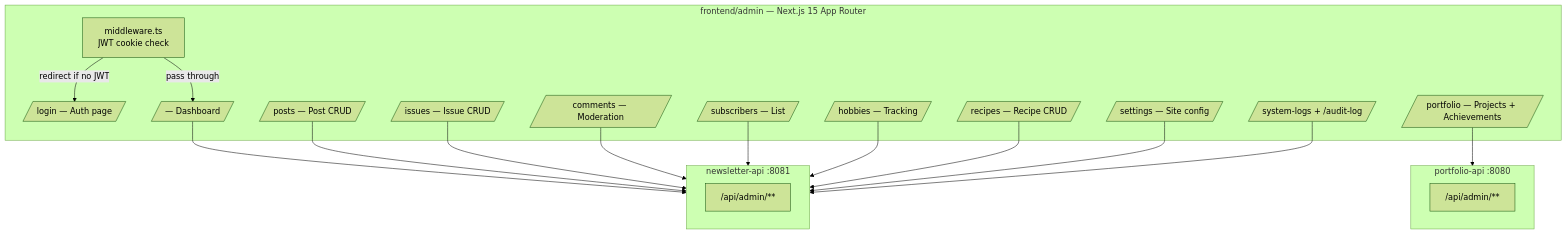
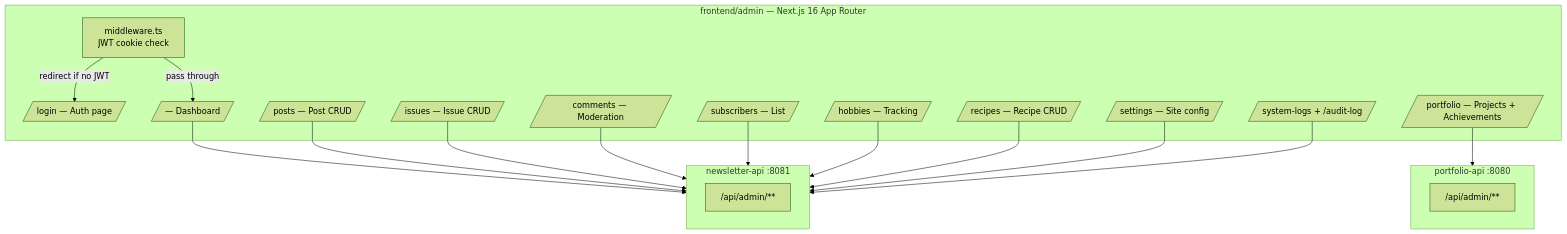
One commit to itsevalieu/elieu changed the diagram in docs/phases/phase-4-admin-app.md. Above: the diagram before and after it, drawn with Mermaid (forest theme). The commit also changed other lines of this file and 15 other files, not shown here.

````diff
--- a/docs/phases/phase-4-admin-app.md
+++ b/docs/phases/phase-4-admin-app.md
@@ -15,38 +15,38 @@
 ```mermaid
 flowchart TD
-    subgraph admin [frontend/admin — Next.js 15 App Router]
+    subgraph admin [frontend/admin — Next.js 16 App Router]
         LOGIN[/login — Auth page/]
         MW[middleware.ts\nJWT cookie check]
         DASH[/ — Dashboard/]
         POSTS[/posts — Post CRUD/]
         ISSUES[/issues — Issue CRUD/]
         COMMENTS[/comments — Moderation/]
         SUBS[/subscribers — List/]
         PORTFOLIO[/portfolio — Projects + Achievements/]
         HOBBIES[/hobbies — Tracking/]
         RECIPES[/recipes — Recipe CRUD/]
         SETTINGS[/settings — Site config/]
         LOGS[/system-logs + /audit-log/]
     end
 
     MW -->|redirect if no JWT| LOGIN
     MW -->|pass through| DASH
     DASH --> NAPI
     POSTS --> NAPI
     ISSUES --> NAPI
     COMMENTS --> NAPI
     SUBS --> NAPI
     PORTFOLIO --> PAPI
     HOBBIES --> NAPI
     RECIPES --> NAPI
     SETTINGS --> NAPI
     LOGS --> NAPI
 
     subgraph NAPI [newsletter-api :8081]
         ADMIN_ENDPOINTS["/api/admin/**"]
     end
 
     subgraph PAPI [portfolio-api :8080]
         PORTFOLIO_ENDPOINTS["/api/admin/**"]
     end
 ```
````
